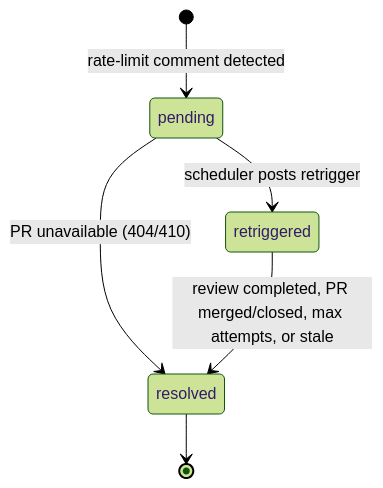
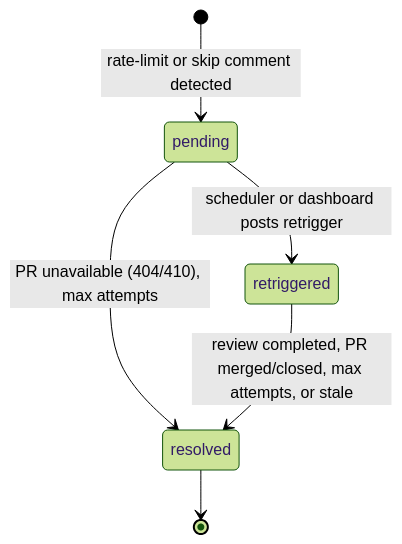
The diagram in docs/queue-status.md (couimet/rabbit-maximizer), drawn with Mermaid (forest theme) before and after one commit. The commit also changed other lines of this file and 96 other files, not shown here.

````diff
--- a/docs/queue-status.md
+++ b/docs/queue-status.md
@@ -5,8 +5,8 @@
 ```mermaid
 stateDiagram-v2
-    [*] --> pending: rate-limit comment detected
-    pending --> retriggered: scheduler posts retrigger
-    pending --> resolved: PR unavailable (404/410)
+    [*] --> pending: rate-limit or skip comment detected
+    pending --> retriggered: scheduler or dashboard posts retrigger
+    pending --> resolved: PR unavailable (404/410), max attempts
     retriggered --> resolved: review completed, PR merged/closed, max attempts, or stale
     resolved --> [*]
 ```
````
